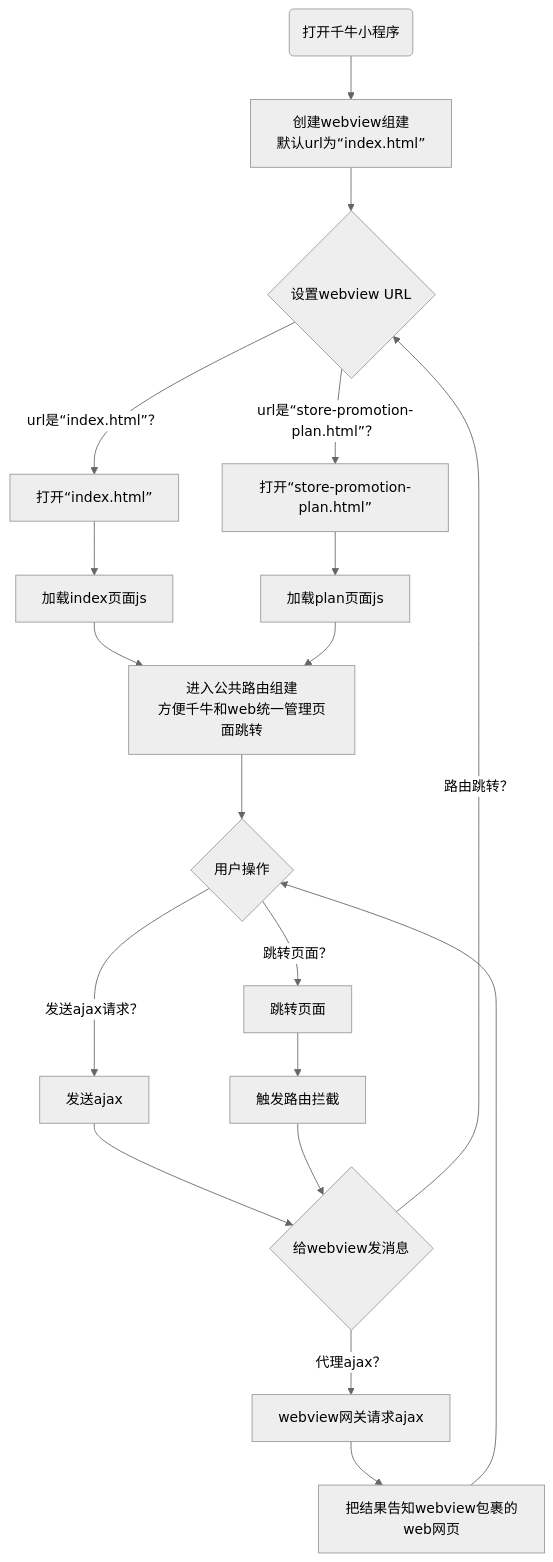
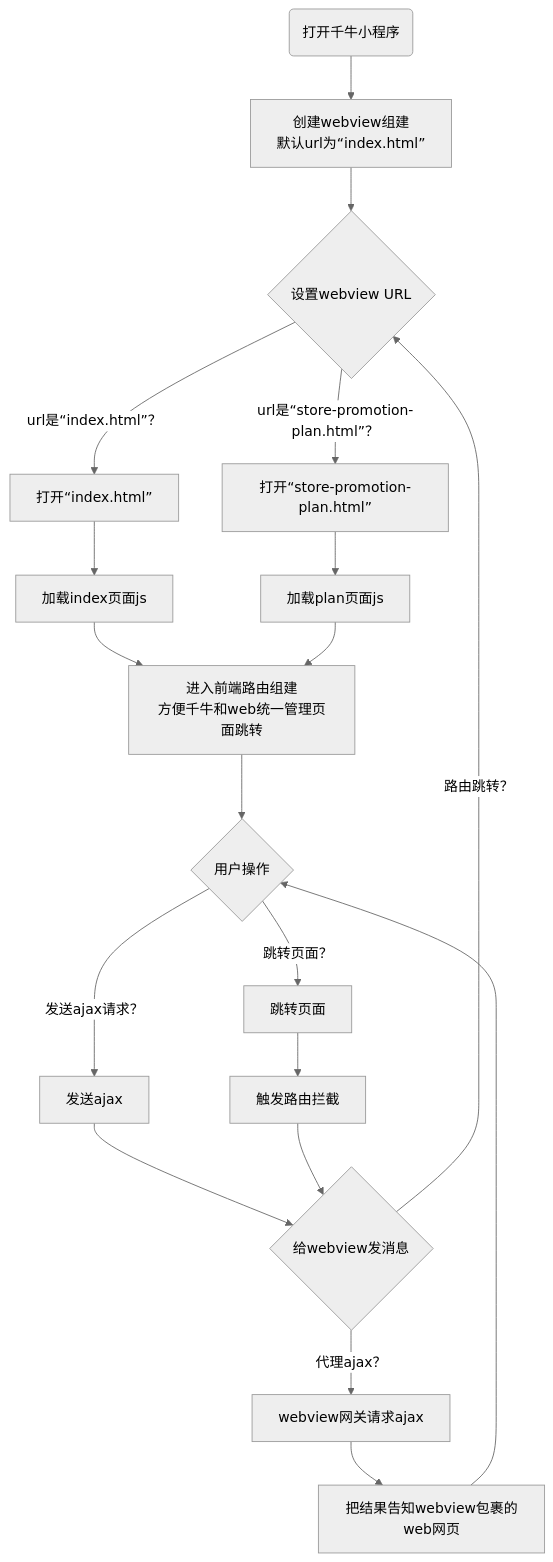
Before and after one commit to zhuoyan123/doc-manager: the fourth of 5 diagrams in doc.md, drawn with Mermaid (neutral theme). The commit also changed other lines of this file and 7 other files, not shown here.

````diff
--- a/doc.md
+++ b/doc.md
@@ -252,22 +252,22 @@
 ```mermaid
 graph TB
 start(打开千牛小程序)-->createWebview["创建webview组建<br>默认url为“index.html”"]
 setWebViewUrl{设置webview URL}
 createWebview-->setWebViewUrl
 openIndex["打开“index.html”"]-->loadIndex[加载index页面js]
 openPlan["打开“store-promotion-plan.html”"]-->loadPlan[加载plan页面js]
 setWebViewUrl-->|"url是“index.html”？"| openIndex
 setWebViewUrl-->|"url是“store-promotion-plan.html”？"| openPlan
-goCommonRouter[进入公共路由组建<br>方便千牛和web统一管理页面跳转]-->userOptions{用户操作}
+goCommonRouter[进入前端路由组建<br>方便千牛和web统一管理页面跳转]-->userOptions{用户操作}
 loadIndex-->goCommonRouter
 loadPlan-->goCommonRouter
 userOptions-->|"发送ajax请求？"| runAjax[发送ajax]
 userOptions-->|"跳转页面？"| jumpPage[跳转页面]-->routerInterceptor[触发路由拦截]
 messageToWebview{给webview发消息}
 runAjax-->messageToWebview
 routerInterceptor-->messageToWebview
 messageToWebview-->|"代理ajax？"| webviewRequest[webview网关请求ajax]
 webviewRequest-->messageToWebviewContent[把结果告知webview包裹的web网页]
 messageToWebviewContent-->userOptions
 messageToWebview-->|"路由跳转？"| setWebViewUrl
 ```
````
